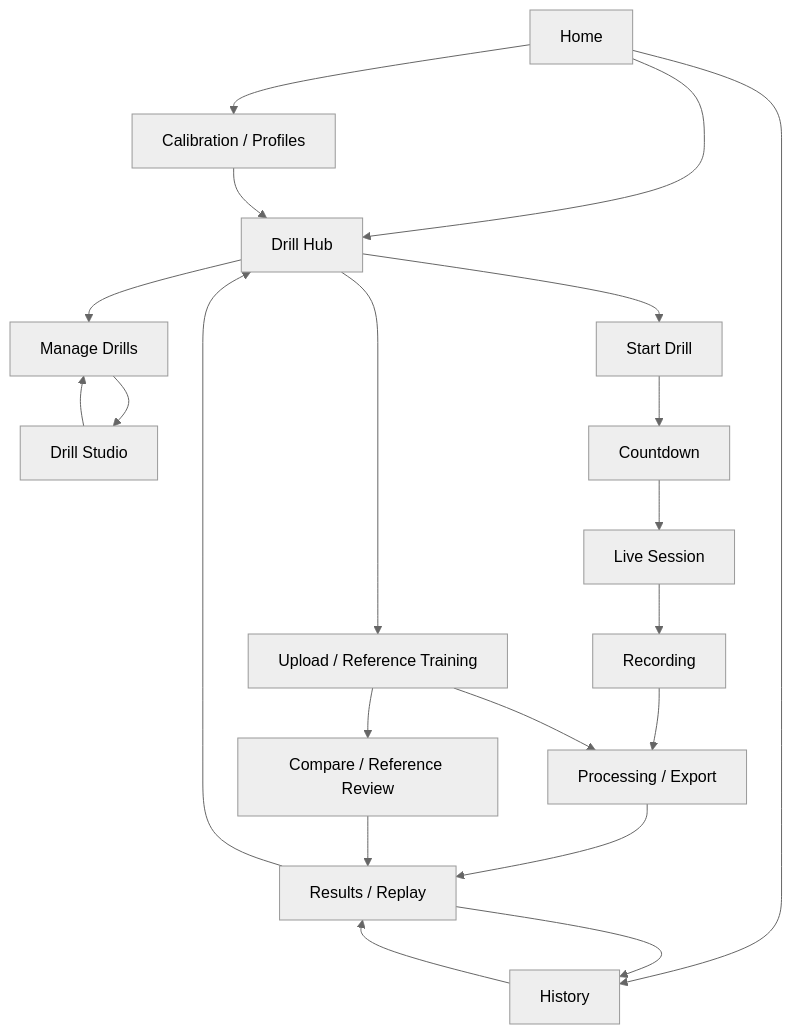
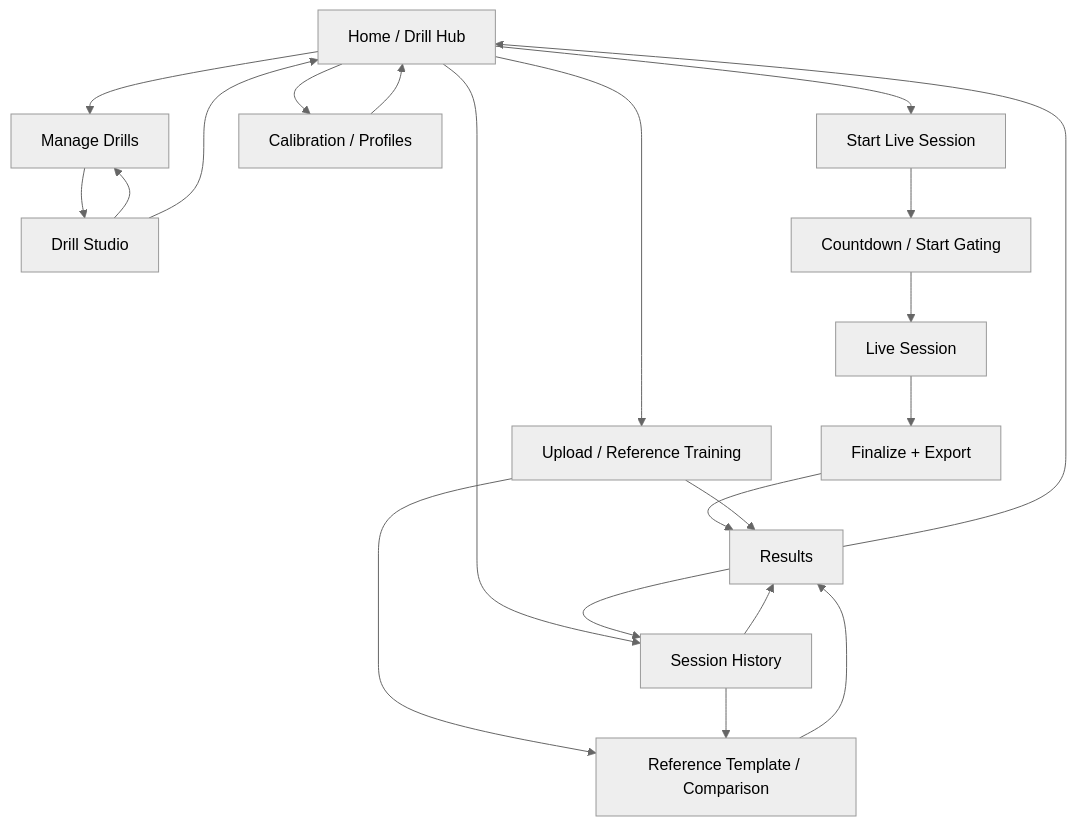
The diagram in docs/diagrams/ui-flow.md (Voycepeh/CaliVision), drawn with Mermaid (neutral theme) before and after one commit. The commit also changed 23 other files, not shown here.

Commit message:
docs: realign repo docs and diagrams with current drill-centric workflows

````diff
--- a/docs/diagrams/ui-flow.md
+++ b/docs/diagrams/ui-flow.md
@@ -3,38 +3,41 @@
 ```mermaid
 flowchart TD
-    H[Home]
-    DH[Drill Hub]
-    MD[Manage Drills]
-    DS[Drill Studio]
-    SD[Start Drill]
-    L[Live Session]
-    C[Countdown]
-    R[Recording]
-    P[Processing / Export]
-    RS[Results / Replay]
-    HI[History]
-    U[Upload / Reference Training]
-    CMP[Compare / Reference Review]
+    HOME[Home / Drill Hub]
+    MANAGE[Manage Drills]
+    STUDIO[Drill Studio]
+    START[Start Live Session]
+    COUNTDOWN[Countdown / Start Gating]
+    LIVE[Live Session]
+    FINALIZE[Finalize + Export]
+    RESULTS[Results]
+    HISTORY[Session History]
+    UPLOAD[Upload / Reference Training]
+    REF[Reference Template / Comparison]
     CAL[Calibration / Profiles]
 
-    H --> DH
-    H --> HI
-    H --> CAL
-    DH --> SD
-    DH --> MD
-    DH --> U
-    SD --> C
-    C --> L
-    L --> R
-    R --> P
-    P --> RS
-    RS --> HI
-    RS --> DH
-    MD --> DS
-    DS --> MD
-    U --> P
-    U --> CMP
-    CMP --> RS
-    CAL --> DH
-    HI --> RS
+    HOME --> START
+    HOME --> MANAGE
+    HOME --> UPLOAD
+    HOME --> HISTORY
+    HOME --> CAL
+
+    MANAGE --> STUDIO
+    STUDIO --> MANAGE
+    STUDIO --> HOME
+
+    START --> COUNTDOWN
+    COUNTDOWN --> LIVE
+    LIVE --> FINALIZE
+    FINALIZE --> RESULTS
+    RESULTS --> HISTORY
+    RESULTS --> HOME
+
+    UPLOAD --> RESULTS
+    UPLOAD --> REF
+    REF --> RESULTS
+
+    HISTORY --> RESULTS
+    HISTORY --> REF
+
+    CAL --> HOME
 ```
````
